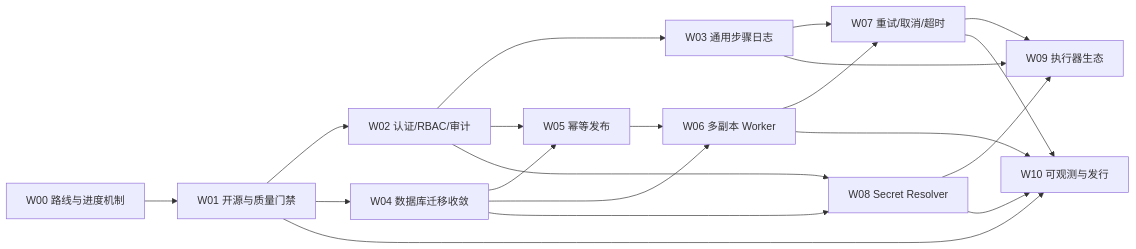
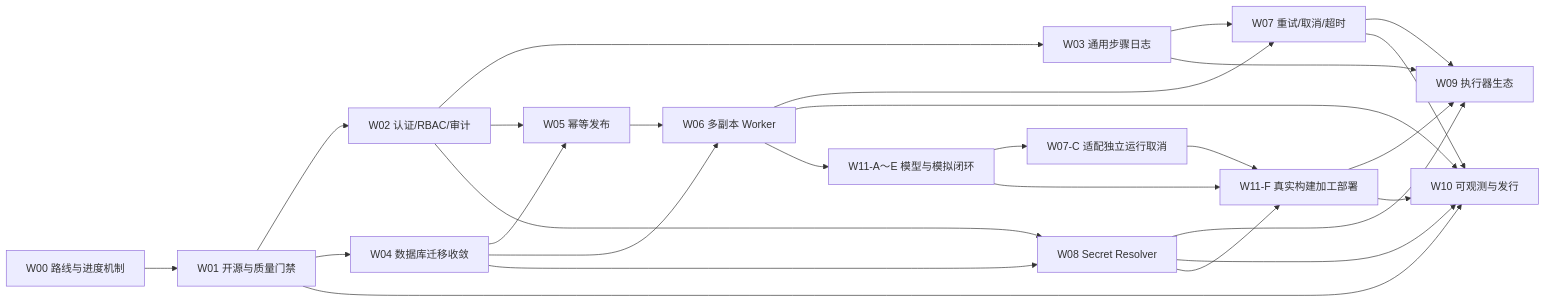
The diagram in docs/plans/open-source-production-roadmap.md (go-ree/ares), drawn with Mermaid before and after one commit. The commit also changed other lines of this file and 7 other files, not shown here.

````diff
--- a/docs/plans/open-source-production-roadmap.md
+++ b/docs/plans/open-source-production-roadmap.md
@@ -91,22 +94,29 @@
 ```mermaid
 flowchart LR
     W00[W00 路线与进度机制] --> W01[W01 开源与质量门禁]
     W01 --> W02[W02 认证/RBAC/审计]
     W01 --> W04[W04 数据库迁移收敛]
     W02 --> W03[W03 通用步骤日志]
     W02 --> W05[W05 幂等发布]
     W04 --> W05
     W04 --> W06[W06 多副本 Worker]
     W05 --> W06
     W03 --> W07[W07 重试/取消/超时]
     W06 --> W07
     W02 --> W08[W08 Secret Resolver]
     W04 --> W08
     W03 --> W09[W09 执行器生态]
     W07 --> W09
     W08 --> W09
     W01 --> W10[W10 可观测与发行]
     W06 --> W10
     W07 --> W10
     W08 --> W10
+    W06 --> W11[W11-A～E 模型与模拟闭环]
+    W11 --> W07C[W07-C 适配独立运行取消]
+    W11 --> W11F[W11-F 真实构建加工部署]
+    W07C --> W11F
+    W08 --> W11F
+    W11F --> W09
+    W11F --> W10
 ```
````
